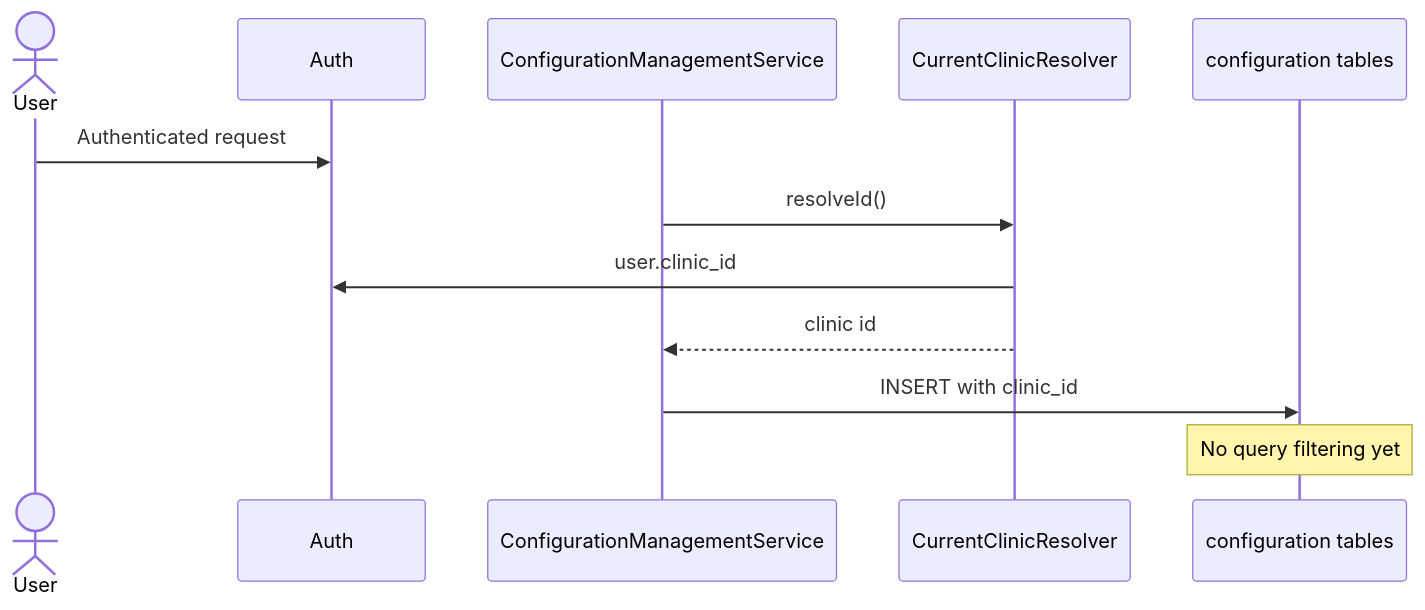
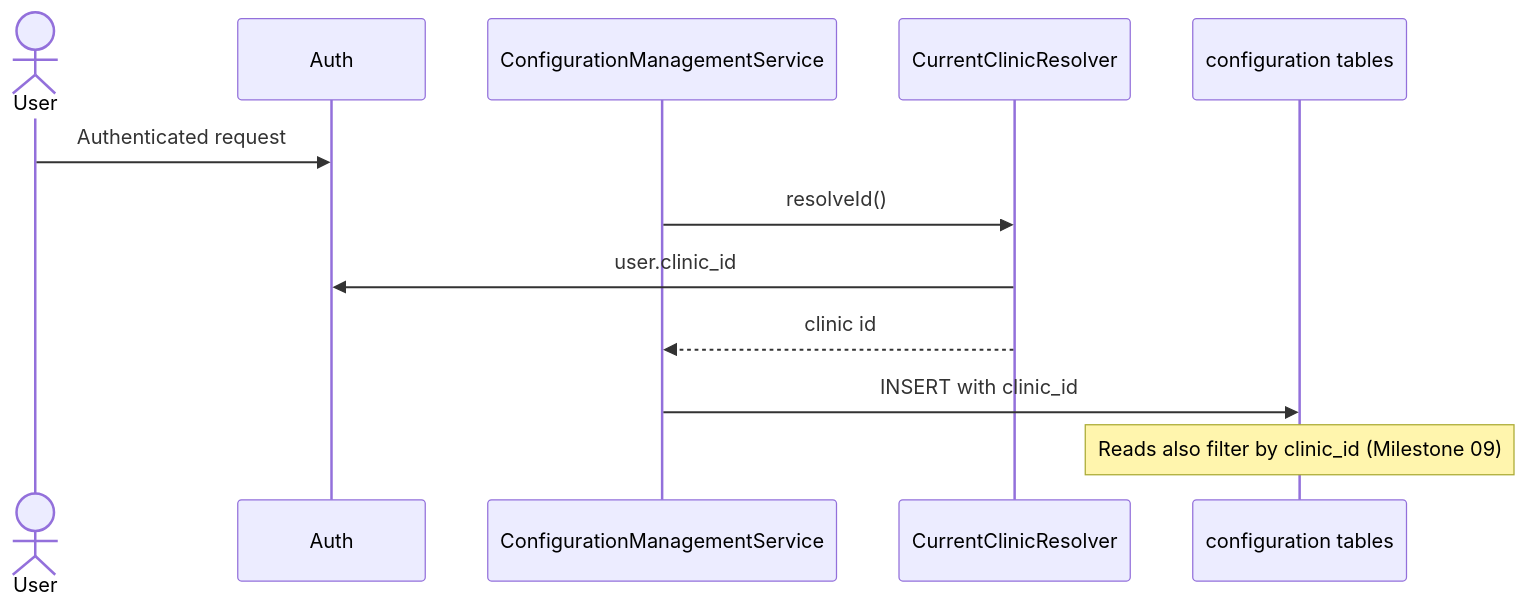
The tenth of 11 diagrams in docs/WORKFLOWS.md (kreemdaada/clinic-111), drawn with Mermaid before and after one commit. The commit also changed other lines of this file and 45 other files, not shown here.

First line of the commit message:
feat(multi-clinic): explicit query isolation for configuration (M09)

````diff
--- a/docs/WORKFLOWS.md
+++ b/docs/WORKFLOWS.md
@@ -520,15 +519,15 @@
 ```mermaid
 sequenceDiagram
     actor User
     participant Auth
     participant Svc as ConfigurationManagementService
     participant Resolver as CurrentClinicResolver
     participant DB as configuration tables
 
     User->>Auth: Authenticated request
     Svc->>Resolver: resolveId()
     Resolver->>Auth: user.clinic_id
     Resolver-->>Svc: clinic id
     Svc->>DB: INSERT with clinic_id
-    Note over DB: No query filtering yet
+    Note over DB: Reads also filter by clinic_id (Milestone 09)
 ```
````
